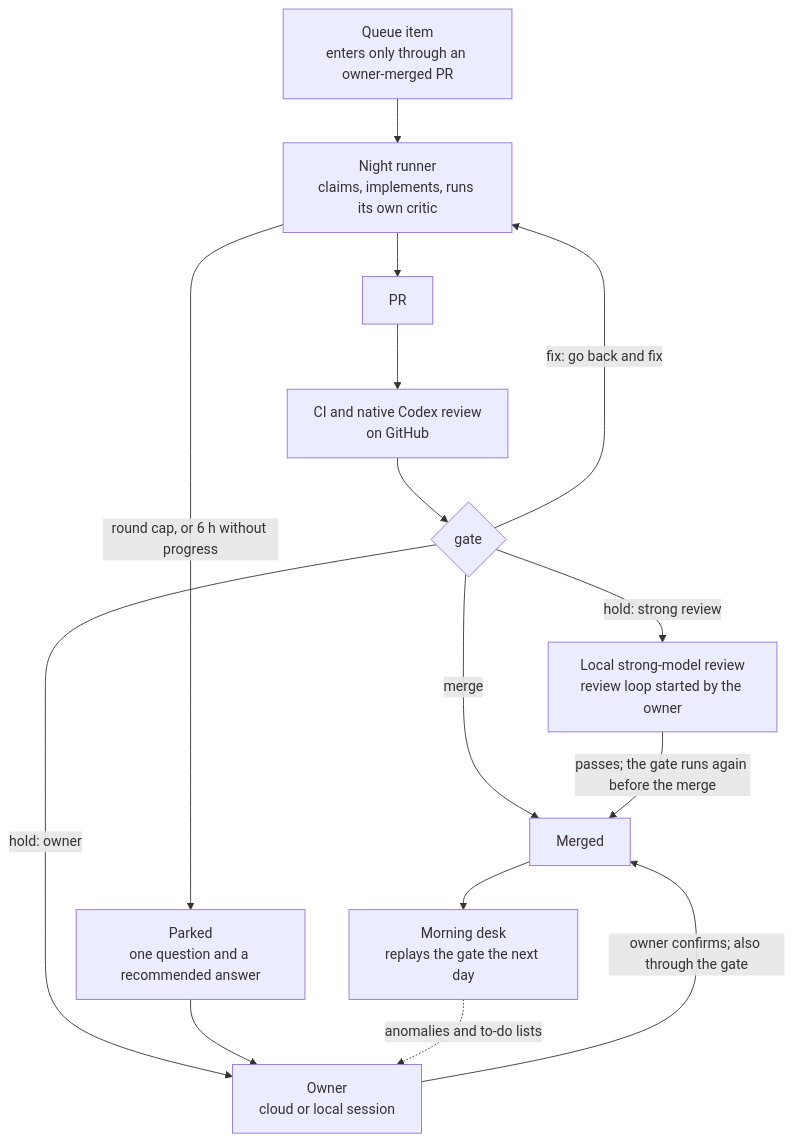
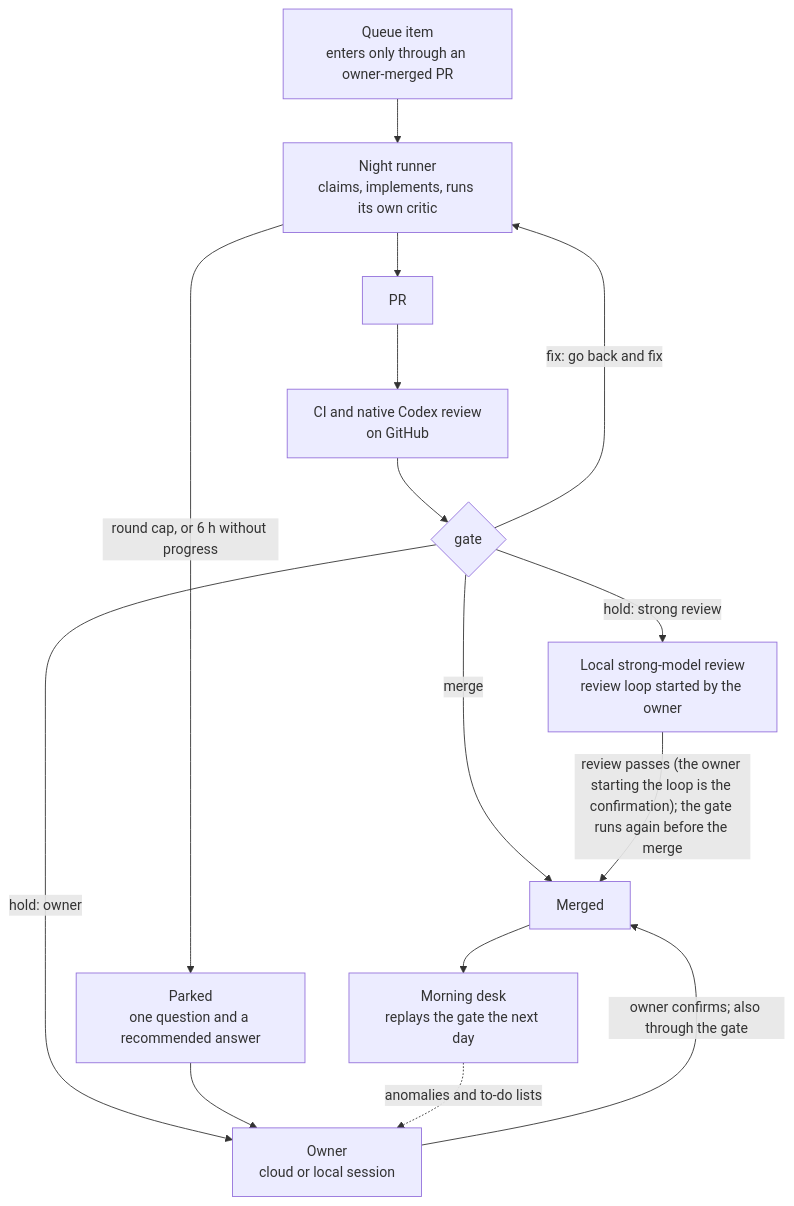
The third of 5 diagrams in README.md (yusaanthya/agent-pipeline-kit), drawn with Mermaid before and after one commit. The commit also changed other lines of this file and 3 other files, not shown here.

````diff
--- a/README.md
+++ b/README.md
@@ -75,17 +75,17 @@
 ```mermaid
 flowchart TD
   q["Queue item<br/>enters only through an owner-merged PR"] --> r["Night runner<br/>claims, implements, runs its own critic"]
   r --> pr["PR"]
   pr --> ci["CI and native Codex review<br/>on GitHub"]
   ci --> g{"gate"}
   g -->|"fix: go back and fix"| r
   g -->|"merge"| m["Merged"]
   g -->|"hold: strong review"| s["Local strong-model review<br/>review loop started by the owner"]
   g -->|"hold: owner"| o["Owner<br/>cloud or local session"]
   r -->|"round cap, or 6 h without progress"| d["Parked<br/>one question and a recommended answer"]
   d --> o
-  s -->|"passes; the gate runs again before the merge"| m
+  s -->|"review passes (the owner starting the loop is the confirmation); the gate runs again before the merge"| m
   o -->|"owner confirms; also through the gate"| m
   m --> desk["Morning desk<br/>replays the gate the next day"]
   desk -.->|"anomalies and to-do lists"| o
 ```
````
